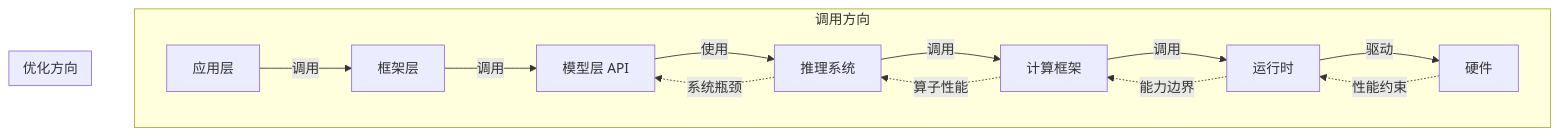
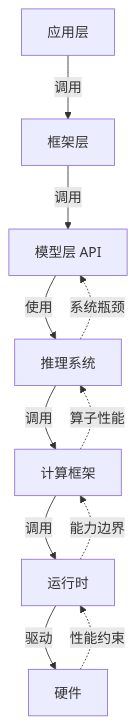
The seventh of 11 diagrams in content/articles/ai/ai-28-AI技术栈全景图.md (jpixy/jpixy.github.io), drawn with Mermaid before and after one commit. The commit also changed other lines of this file, not shown here.

Commit message:
fix: simplify dependency diagram layout for better readability

````diff
--- a/content/articles/ai/ai-28-AI技术栈全景图.md
+++ b/content/articles/ai/ai-28-AI技术栈全景图.md
@@ -333,18 +333,14 @@
 ```mermaid
 graph TB
-    subgraph "调用方向"
-        A[应用层] -->|调用| B[框架层]
-        B -->|调用| C[模型层 API]
-        C -->|使用| D[推理系统]
-        D -->|调用| E[计算框架]
-        E -->|调用| F[运行时]
-        F -->|驱动| G[硬件]
-    end
+    A[应用层] -->|调用| B[框架层]
+    B -->|调用| C[模型层 API]
+    C -->|使用| D[推理系统]
+    D -->|调用| E[计算框架]
+    E -->|调用| F[运行时]
+    F -->|驱动| G[硬件]
     
-    subgraph "优化方向"
-        G -.->|性能约束| F
-        F -.->|能力边界| E
-        E -.->|算子性能| D
-        D -.->|系统瓶颈| C
-    end
+    G -.->|性能约束| F
+    F -.->|能力边界| E
+    E -.->|算子性能| D
+    D -.->|系统瓶颈| C
 ```
````
